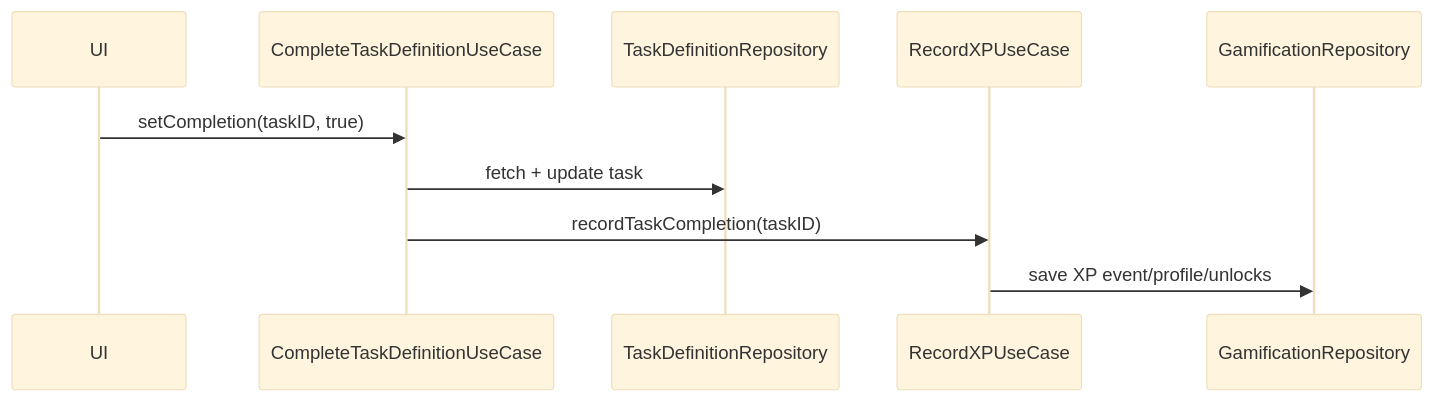
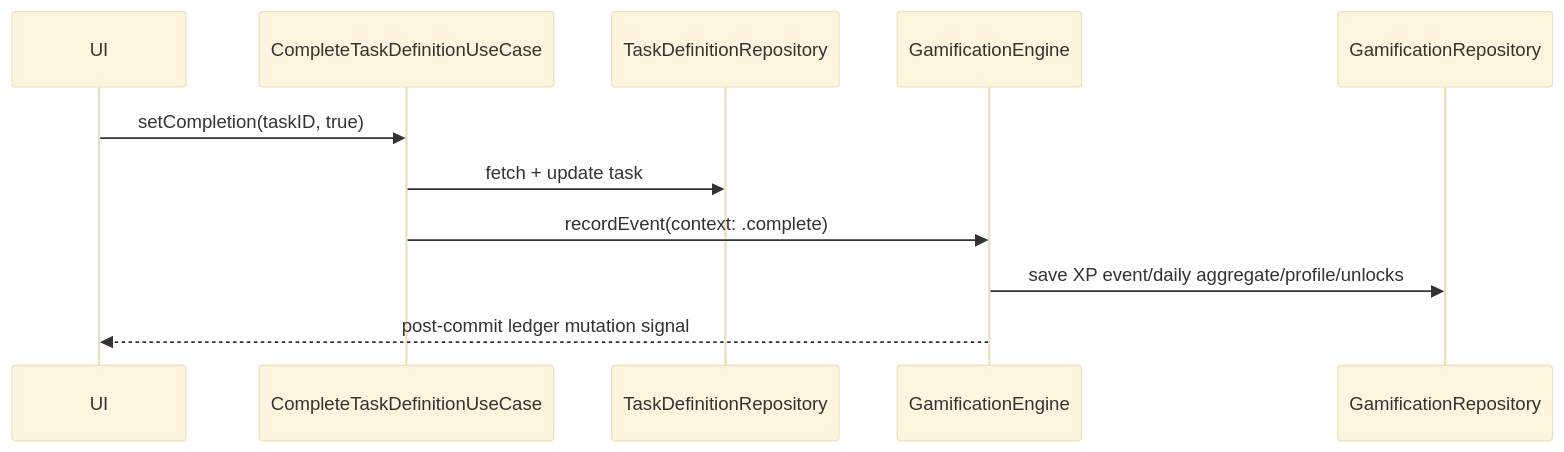
One commit to Saransh-Sharma/Tasker changed the second of 2 diagrams in docs/architecture/data-model-v2.md. Above: the diagram before and after it, drawn with Mermaid (base theme). The commit also changed other lines of this file and 9 other files, not shown here.

First line of the commit message:
docs: update architecture documentation for gamification v2

````diff
--- a/docs/architecture/data-model-v2.md
+++ b/docs/architecture/data-model-v2.md
@@ -133,13 +136,14 @@
 ```mermaid
 sequenceDiagram
     participant UI as UI
     participant COMP as CompleteTaskDefinitionUseCase
     participant TR as TaskDefinitionRepository
-    participant XP as RecordXPUseCase
+    participant XP as GamificationEngine
     participant GR as GamificationRepository
 
     UI->>COMP: setCompletion(taskID, true)
     COMP->>TR: fetch + update task
-    COMP->>XP: recordTaskCompletion(taskID)
-    XP->>GR: save XP event/profile/unlocks
+    COMP->>XP: recordEvent(context: .complete)
+    XP->>GR: save XP event/daily aggregate/profile/unlocks
+    XP-->>UI: post-commit ledger mutation signal
 ```
````
